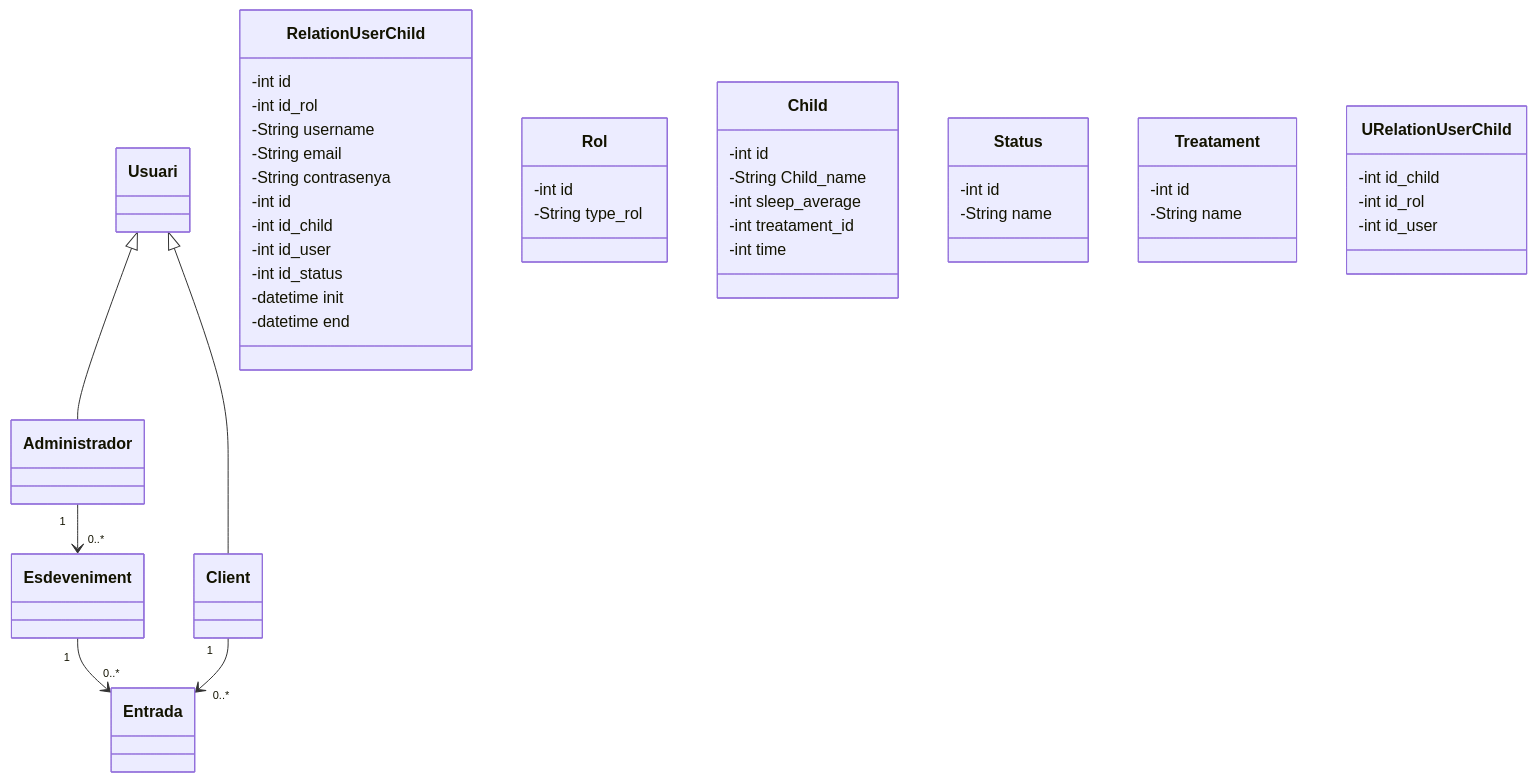
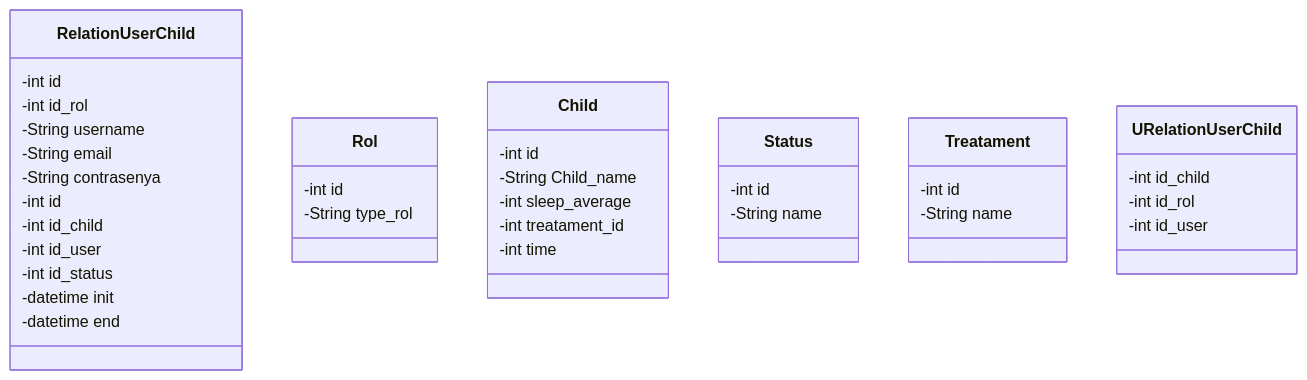
The diagram in Tapatapp.mermaid (mactiburon/tapatapp), drawn with Mermaid before and after one commit.

```diff
--- a/Tapatapp.mermaid
+++ b/Tapatapp.mermaid
@@ -1,52 +1,46 @@
 classDiagram
-    Usuari <|-- Client
-    Usuari <|-- Administrador
-    Esdeveniment "1" --> "0..*" Entrada
-    Client "1" --> "0..*" Entrada
-    Administrador "1" --> "0..*" Esdeveniment
-
     class RelationUserChild {
         -int id
         -int id_rol
         -String username
         -String email
         -String contrasenya
     }
 
     class RelationUserChild {
         -int id
         -int id_child
         -int id_user
         -int id_status
         -datetime init
         -datetime end
     }
 
     class Rol {
         -int id
         -String type_rol
     }
 
     class Child {
         -int id
         -String Child_name
         -int sleep_average
         -int treatament_id
         -int time
     }
 
     class Status {
         -int id
         -String name
     }
 
     class Treatament {
         -int id
         -String name
     }
 
     class URelationUserChild {
         -int id_child
         -int id_rol
         -int id_user
     }
```
